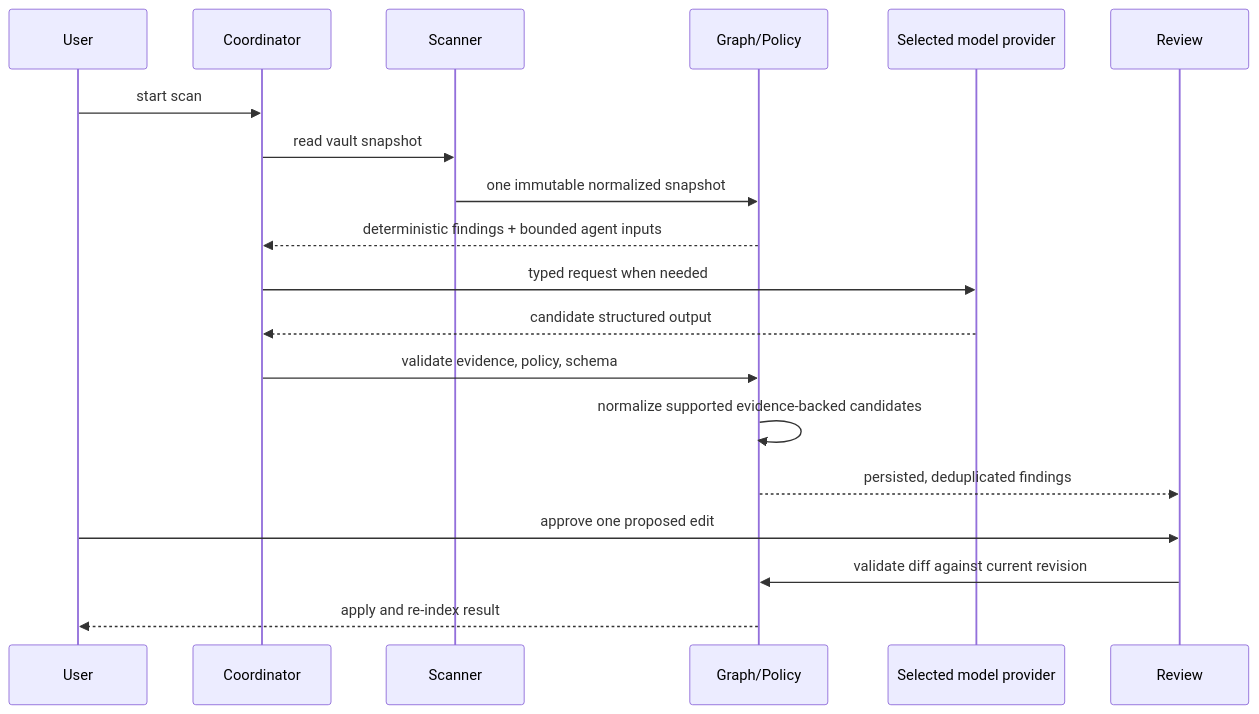
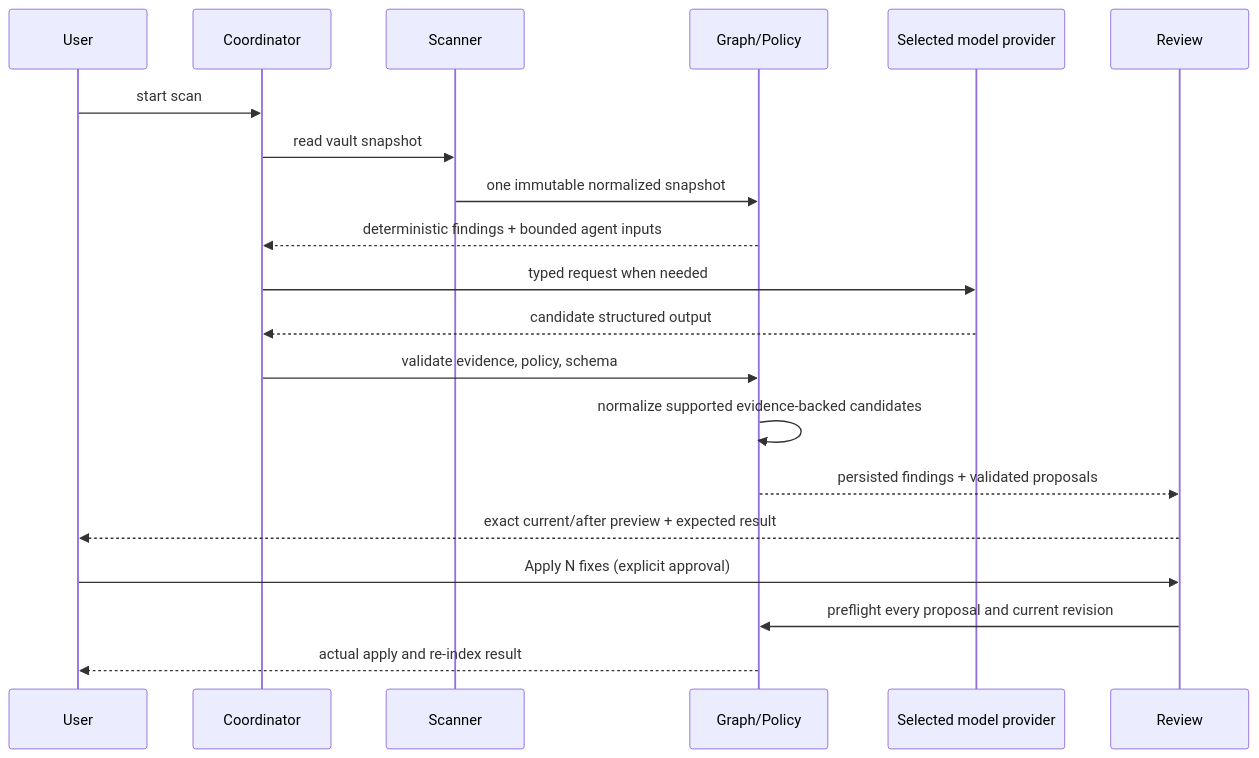
One commit to ibrahim1023/vault-steward changed the second of 2 diagrams in docs/architecture.md. Above: the diagram before and after it, drawn with Mermaid. The commit also changed other lines of this file and 18 other files, not shown here.

Commit message:
docs: define result-first review flow

````diff
--- a/docs/architecture.md
+++ b/docs/architecture.md
@@ -47,21 +47,22 @@
 ```mermaid
 sequenceDiagram
   participant User
   participant Coordinator
   participant Scanner
   participant Core as Graph/Policy
   participant Model as Selected model provider
   participant Review
   User->>Coordinator: start scan
   Coordinator->>Scanner: read vault snapshot
   Scanner->>Core: one immutable normalized snapshot
   Core-->>Coordinator: deterministic findings + bounded agent inputs
   Coordinator->>Model: typed request when needed
   Model-->>Coordinator: candidate structured output
   Coordinator->>Core: validate evidence, policy, schema
   Core->>Core: normalize supported evidence-backed candidates
-  Core-->>Review: persisted, deduplicated findings
-  User->>Review: approve one proposed edit
-  Review->>Core: validate diff against current revision
-  Core-->>User: apply and re-index result
+  Core-->>Review: persisted findings + validated proposals
+  Review-->>User: exact current/after preview + expected result
+  User->>Review: Apply N fixes (explicit approval)
+  Review->>Core: preflight every proposal and current revision
+  Core-->>User: actual apply and re-index result
 ```
````
